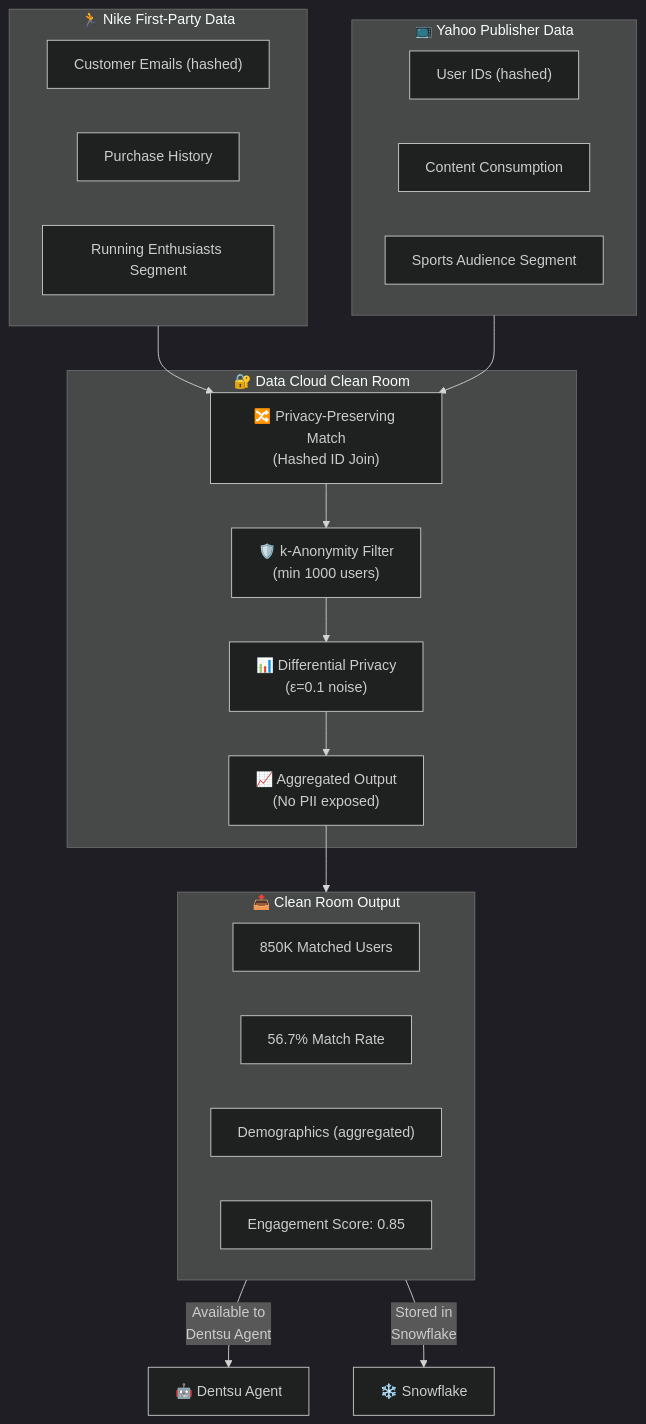
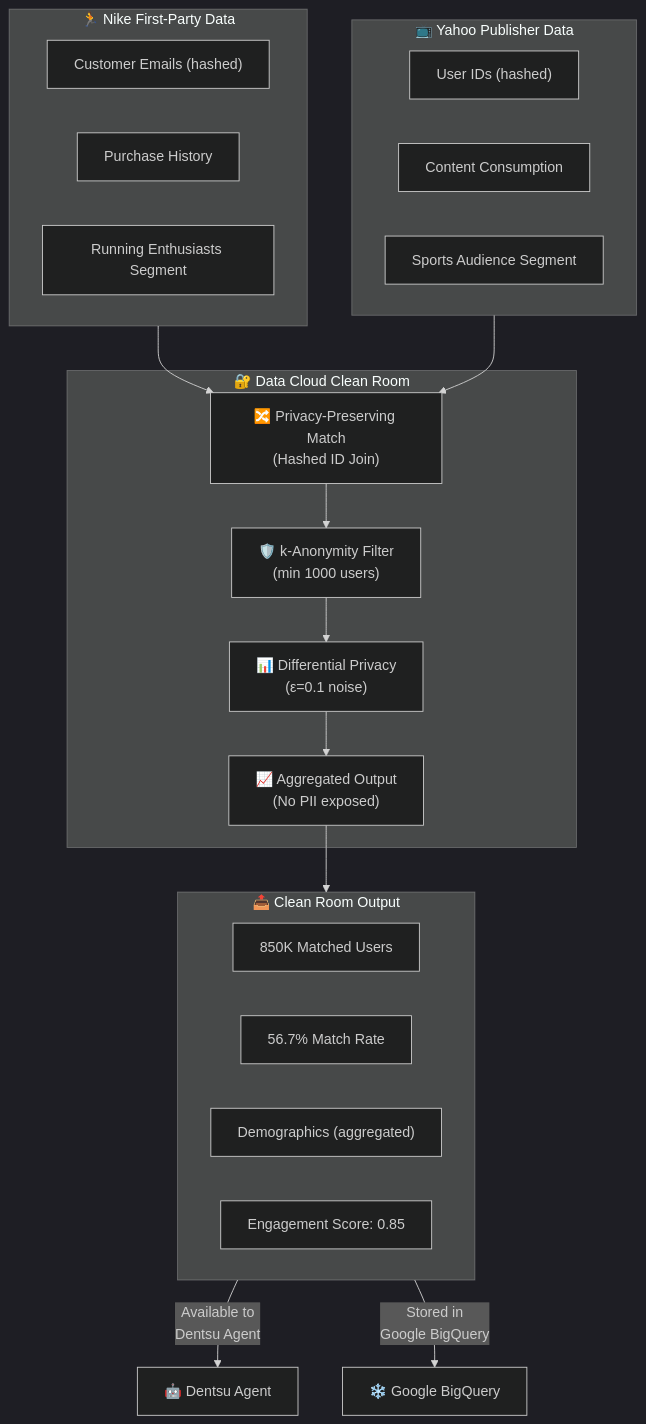
The eighth of 8 diagrams in DENTSU_YAHOO_NIKE_ARCHITECTURE.md (arupsarkar-sfdc/admcp-media-app), drawn with Mermaid (dark theme) before and after one commit. The commit also changed other lines of this file, not shown here.

Commit message:
docs(fix): Updated Snowflake to Google Big Query

````diff
--- a/DENTSU_YAHOO_NIKE_ARCHITECTURE.md
+++ b/DENTSU_YAHOO_NIKE_ARCHITECTURE.md
@@ -453,37 +453,37 @@
 ```mermaid
 flowchart TD
     subgraph NIKE_DATA["🏃 Nike First-Party Data"]
         N1["Customer Emails (hashed)"]
         N2["Purchase History"]
         N3["Running Enthusiasts Segment"]
     end
 
     subgraph YAHOO_DATA["📺 Yahoo Publisher Data"]
         Y1["User IDs (hashed)"]
         Y2["Content Consumption"]
         Y3["Sports Audience Segment"]
     end
 
     subgraph CLEAN_ROOM["🔐 Data Cloud Clean Room"]
         CR1["🔀 Privacy-Preserving Match<br/>(Hashed ID Join)"]
         CR2["🛡️ k-Anonymity Filter<br/>(min 1000 users)"]
         CR3["📊 Differential Privacy<br/>(ε=0.1 noise)"]
         CR4["📈 Aggregated Output<br/>(No PII exposed)"]
         
         CR1 --> CR2 --> CR3 --> CR4
     end
 
     subgraph OUTPUT["📤 Clean Room Output"]
         O1["850K Matched Users"]
         O2["56.7% Match Rate"]
         O3["Demographics (aggregated)"]
         O4["Engagement Score: 0.85"]
     end
 
     NIKE_DATA --> CR1
     YAHOO_DATA --> CR1
     CR4 --> OUTPUT
 
     OUTPUT -->|"Available to<br/>Dentsu Agent"| DA["🤖 Dentsu Agent"]
-    OUTPUT -->|"Stored in<br/>Snowflake"| SF["❄️ Snowflake"]
+    OUTPUT -->|"Stored in<br/>Google BigQuery"| SF["❄️ Google BigQuery"]
 ```
````
